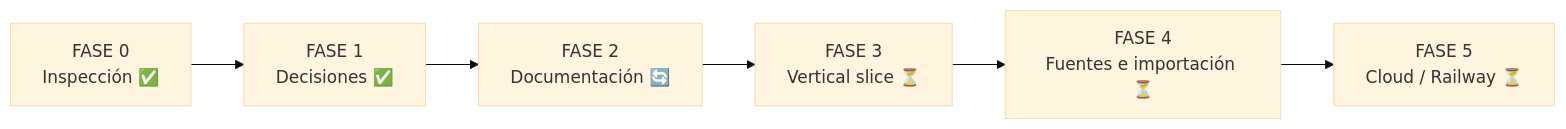
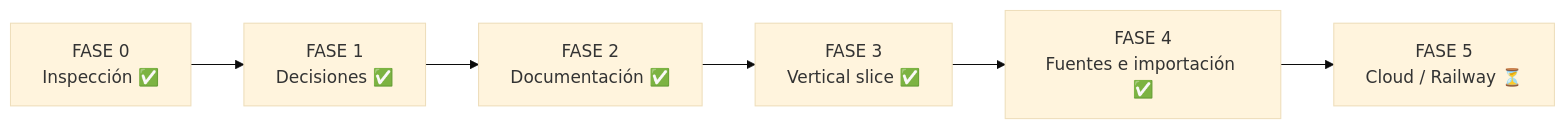
Before and after one commit to JoseALemos/cestaplan: the first of 2 diagrams in docs/ROADMAP.md, drawn with Mermaid (base theme). The commit also changed other lines of this file, not shown here.

Commit message:
docs: ROADMAP marca FASE 2, 3 (+3.5) y 4 como completadas

````diff
--- a/docs/ROADMAP.md
+++ b/docs/ROADMAP.md
@@ -22,8 +22,8 @@
 ```mermaid
 flowchart LR
     F0["FASE 0<br/>Inspección ✅"] --> F1["FASE 1<br/>Decisiones ✅"]
-    F1 --> F2["FASE 2<br/>Documentación 🔄"]
-    F2 --> F3["FASE 3<br/>Vertical slice ⏳"]
-    F3 --> F4["FASE 4<br/>Fuentes e importación ⏳"]
+    F1 --> F2["FASE 2<br/>Documentación ✅"]
+    F2 --> F3["FASE 3<br/>Vertical slice ✅"]
+    F3 --> F4["FASE 4<br/>Fuentes e importación ✅"]
     F4 --> F5["FASE 5<br/>Cloud / Railway ⏳"]
 ```
````
